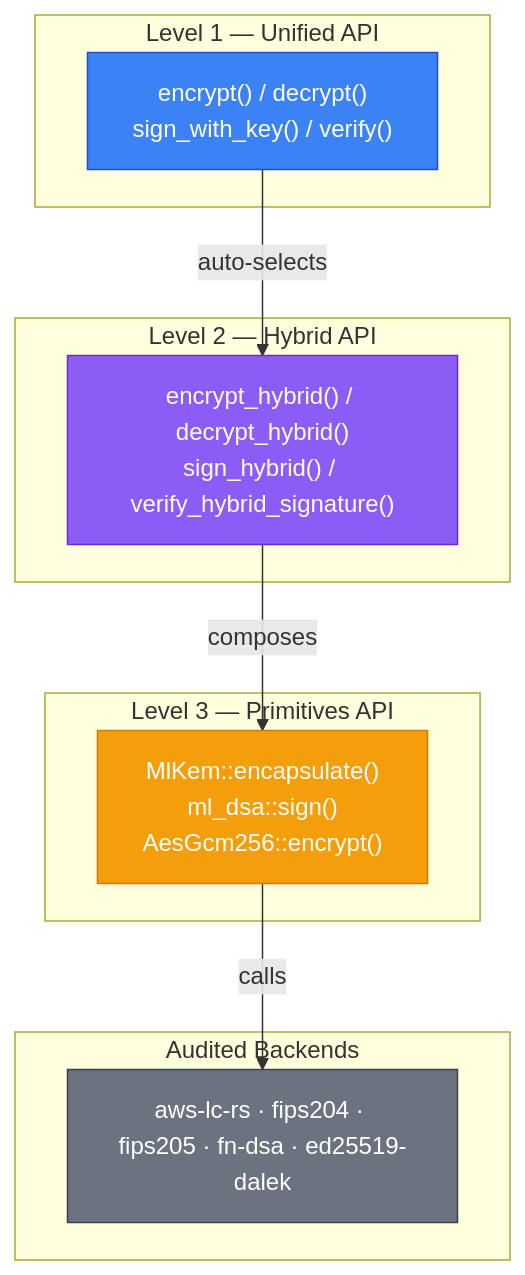
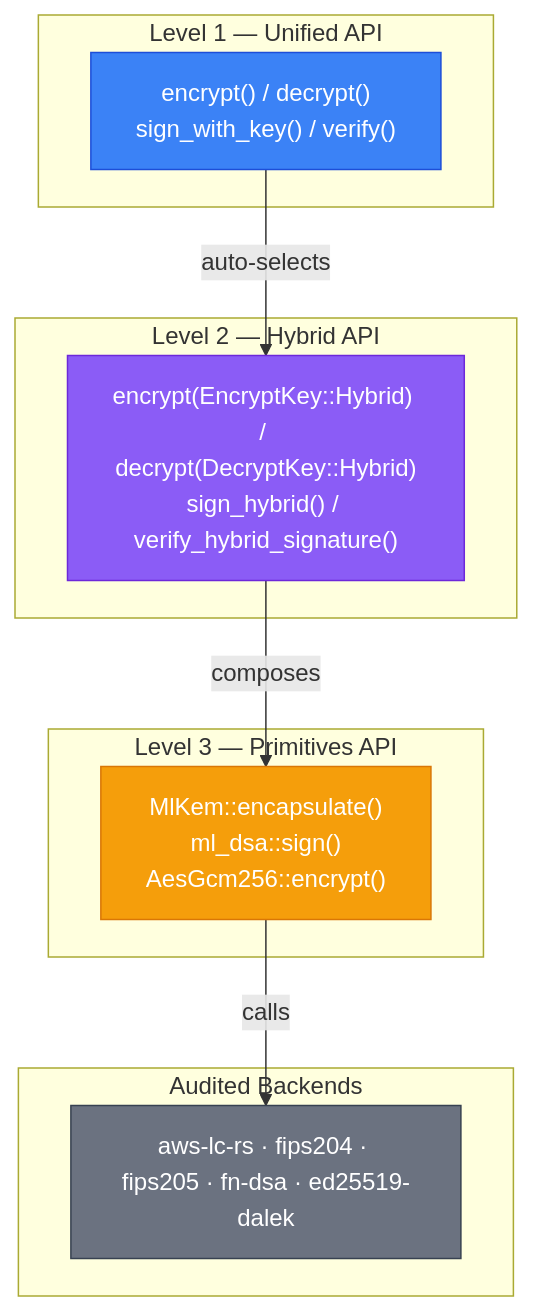
Before and after one commit to LatticeArc/latticearc: the first of 2 diagrams in docs/API_DOCUMENTATION.md, drawn with Mermaid. The commit also changed other lines of this file and 86 other files, not shown here.

````diff
--- a/docs/API_DOCUMENTATION.md
+++ b/docs/API_DOCUMENTATION.md
@@ -11,32 +11,32 @@
 ```mermaid
 flowchart TB
     subgraph "Level 1 — Unified API"
         L1["encrypt() / decrypt()\nsign_with_key() / verify()"]
     end
 
     subgraph "Level 2 — Hybrid API"
-        L2["encrypt_hybrid() / decrypt_hybrid()\nsign_hybrid() / verify_hybrid_signature()"]
+        L2["encrypt(EncryptKey::Hybrid) / decrypt(DecryptKey::Hybrid)\nsign_hybrid() / verify_hybrid_signature()"]
     end
 
     subgraph "Level 3 — Primitives API"
         L3["MlKem::encapsulate()\nml_dsa::sign()\nAesGcm256::encrypt()"]
     end
 
     subgraph "Audited Backends"
         L4["aws-lc-rs · fips204 · fips205 · fn-dsa · ed25519-dalek"]
     end
 
     L1 -->|"auto-selects"| L2
     L2 -->|"composes"| L3
     L3 -->|"calls"| L4
 
     classDef simple fill:#3b82f6,stroke:#1d4ed8,color:#fff
     classDef hybrid fill:#8b5cf6,stroke:#6d28d9,color:#fff
     classDef prim fill:#f59e0b,stroke:#d97706,color:#fff
     classDef backend fill:#6b7280,stroke:#374151,color:#fff
 
     class L1 simple
     class L2 hybrid
     class L3 prim
     class L4 backend
 ```
````
